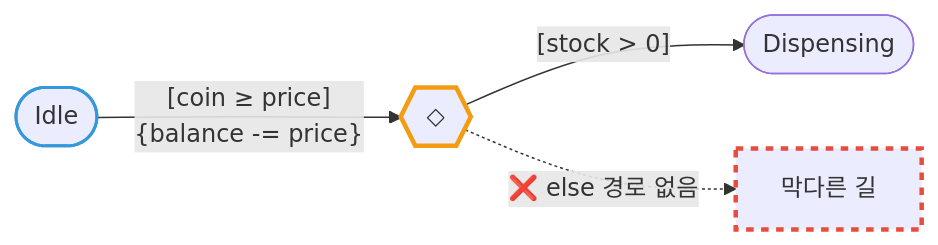
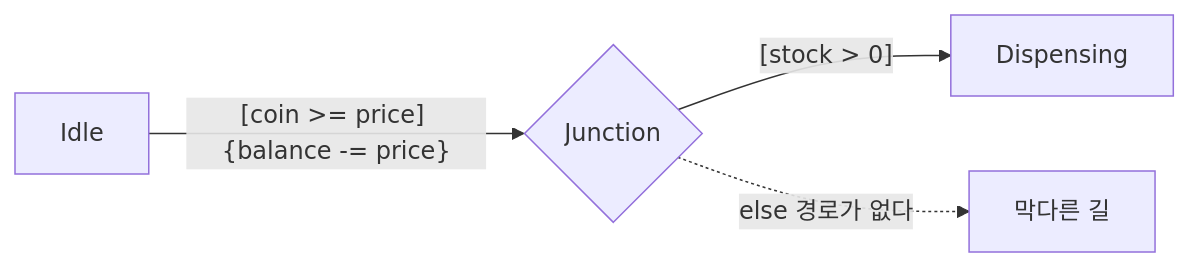
Before and after one commit to genie4youu/genie4youu.github.io: the second of 3 diagrams in _posts/2026-07-14-stateflow-condition-action-vs-transition-action.md, drawn with Mermaid. The commit also changed other lines of this file and 13 other files, not shown here.

First line of the commit message:
﻿전면 손질: 제목 변경, AI 티 나는 표현 제거, 다이어그램 재작성

````diff
--- a/_posts/2026-07-14-stateflow-condition-action-vs-transition-action.md
+++ b/_posts/2026-07-14-stateflow-condition-action-vs-transition-action.md
@@ -86,10 +57,6 @@
 ```mermaid
 flowchart LR
-    I(["Idle"]) -->|"[coin ≥ price]<br/>{balance -= price}"| J{{"◇"}}
-    J -->|"[stock > 0]"| D(["Dispensing"])
-    J -.->|"❌ else 경로 없음"| X["막다른 길"]
-
-    style I stroke:#3498db,stroke-width:2px
-    style J stroke:#f39c12,stroke-width:3px
-    style X stroke:#e74c3c,stroke-width:3px,stroke-dasharray: 5 5
+    I[Idle] -->|"[coin >= price] {balance -= price}"| J{Junction}
+    J -->|"[stock > 0]"| D[Dispensing]
+    J -.->|else 경로가 없다| X[막다른 길]
 ```
````
